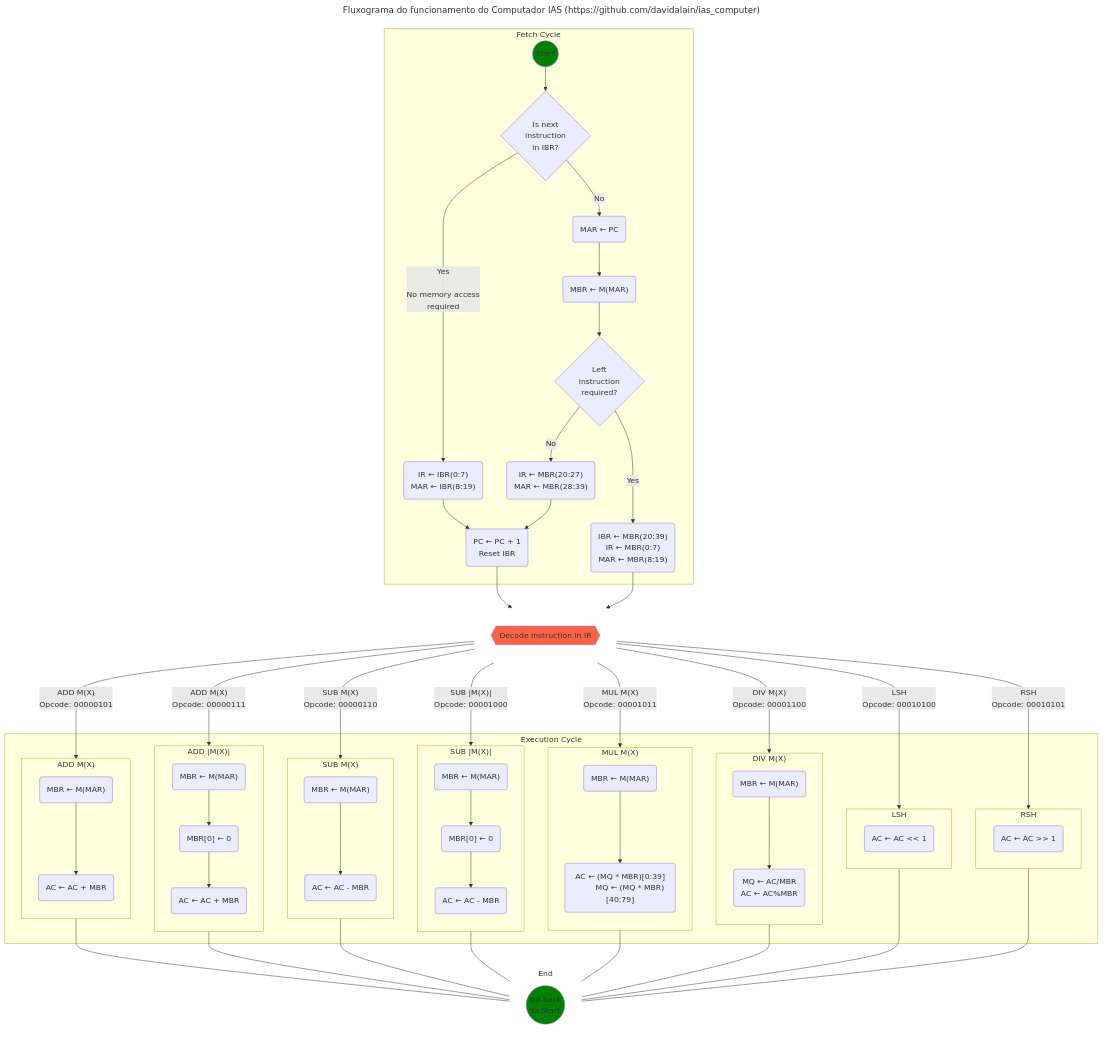
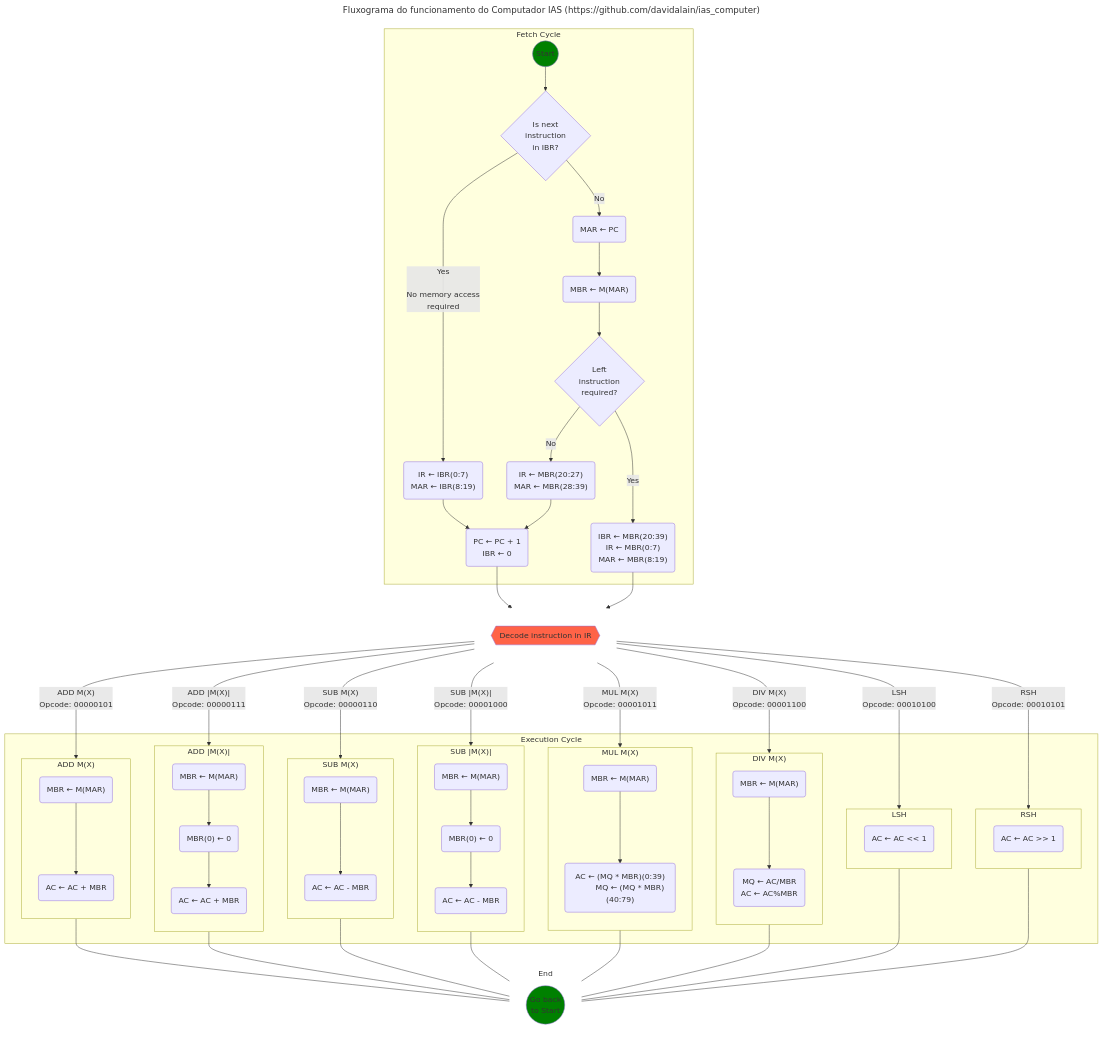
The diagram in mmd_files/flowchart_instrucoes_artimeticas.mmd (davidalain/ias_computer), drawn with Mermaid before and after one commit.

Commit message:
Correção na sintaxe

```diff
--- a/mmd_files/flowchart_instrucoes_artimeticas.mmd
+++ b/mmd_files/flowchart_instrucoes_artimeticas.mmd
@@ -1,169 +1,170 @@
 ---
 title:  Fluxograma do funcionamento do Computador IAS (https://github.com/davidalain/ias_computer)
 ---
 flowchart TB
 
 subgraph _fetch_cycle_ [Fetch Cycle]
     START((Start)):::greenClass --> B{"Is next
     instruction 
     in IBR?"}
     B --> |"Yes
 
     No memory access
     required"| F("IR ← IBR(0:7)
     MAR ← IBR(8:19)")
     F --> I
     B --> |No| C("MAR ← PC")
     C --> D("MBR ← M(MAR)")
     D --> E{"Left
     instruction
     required?"}
     E --> |No| H("IR ← MBR(20:27)
     MAR ← MBR(28:39)")
     E --> |Yes| G("IBR ← MBR(20:39)
     IR ← MBR(0:7)
     MAR ← MBR(8:19)")
     H --> I("PC ← PC + 1
-    Reset IBR")
+    IBR ← 0")
 end
 
 subgraph _decode_ [ ]
     I --> DECODE
     G --> DECODE
     DECODE{{"Decode instruction in IR"}}:::orangeClass
 
     style _decode_ fill:transparent,stroke:transparent
 
     direction TB
 end
 
 
 subgraph _execution_cycle_ [Execution Cycle]
 
 	%%%% Instruções aritméticas
 	%% [Helton Jose Carneiro de Lima] (https://github.com/heltoncarneiro)
 	%% [Gustavo Osório Bernardo Thompson Flores](https://github.com/gustavobtflores)
 	%% [Joel Rodrigues Viera](https://github.com/joelrodriguesvieira)
 	%% [Ian Pessôa de Miranda](https://github.com/Ian-Pessoa)
 	%% [Enzo Albuquerque Gois](https://github.com/enzo-gois)
 	
 	DECODE --> |"ADD M(X)
     Opcode: 00000101"| ADD_MX
     subgraph ADD_MX ["ADD M(X)"]
         %% O conteúdo da memória no endereço indicado pelo MAR é lido e armazenado no MBR %%
         ADD_MX__A("MBR ← M(MAR)")
         %% O conteúdo do MBR é adicionado ao AC, com o resultado sendo armazenado novamente no AC %%
         ADD_MX__B("AC ← AC + MBR")
 
         ADD_MX__A ---> ADD_MX__B
         direction TB
     end
 
-    DECODE ---> |"ADD M(X)
+    DECODE ---> |"ADD |M(X)|
     Opcode: 00000111"|ADD_MX2
     subgraph ADD_MX2 ["ADD |M(X)|"]
         %% O conteúdo da memória no endereço indicado pelo MAR é lido e armazenado no MBR %%
         ADD_MX2__A("MBR ← M(MAR)")
         %% O bit mais significativo do MBR é setado como 0
-        ADD_MX2__B("MBR[0] ← 0")
+        ADD_MX2__B("MBR(0) ← 0")
         %% O conteúdo do MBR é adicionado ao AC, com o resultado sendo armazenado novamente no AC %%
         ADD_MX2__C("AC ← AC + MBR")
 
         ADD_MX2__A --> ADD_MX2__B
         ADD_MX2__B --> ADD_MX2__C
         direction TB        
     end
 
     DECODE --> |"SUB M(X)
     Opcode: 00000110"|SUB_MX
     subgraph SUB_MX ["SUB M(X)"]
 	    %% O conteúdo da memória no endereço indicado pelo MAR é lido e armazenado no MBR %%
         SUB_MX__A("MBR ← M(MAR)")
 	    %% O conteúdo do MBR é subtraido do AC, com o resultado sendo armazenado novamente no AC %%
         SUB_MX__B("AC ← AC - MBR")
 
         SUB_MX__A ---> SUB_MX__B
         direction TB
     end
 
     DECODE --> |"SUB |M(X)|
     Opcode: 00001000"|SUB_MX2
     subgraph SUB_MX2 ["SUB |M(X)|"]
 	    %% O conteúdo da memória no endereço indicado pelo MAR é lido e armazenado no MBR %%
         SUB_MX2__A("MBR ← M(MAR)")
 	    %% O bit mais significativo do MBR é setado como 0
-        SUB_MX2__B("MBR[0] ← 0")
+        SUB_MX2__B("MBR(0) ← 0")
 	    %% O conteúdo do MBR é subtraido do AC, com o resultado sendo armazenado novamente no AC %%
         SUB_MX2__C("AC ← AC - MBR")
 
         SUB_MX2__A --> SUB_MX2__B
         SUB_MX2__B --> SUB_MX2__C
         direction TB
     end
 
 
     DECODE --> |"MUL M(X)
     Opcode: 00001011"|MUL_MX
     subgraph MUL_MX ["MUL M(X)"]
 	    %% O conteúdo da memória no endereço indicado pelo MAR é lido e armazenado no MBR %%
     	MUL_MX_A("MBR ← M(MAR)")
 	    %% O conteúdo do MQ é multiplicado com MBR, resultando em um número binario de 80 bits [0:79]%%
 	    %% A parte mais significativa [0:39] é armazenada em AC%%
 	    %% A parte menos significativa [40:79] é armazenada em MQ%%
-    	MUL_MX_B("AC ← (MQ * MBR)[0:39]
-    	MQ ← (MQ * MBR)[40:79]")
+    	MUL_MX_B("AC ← (MQ * MBR)(0:39)
+    	MQ ← (MQ * MBR)(40:79)")
     	MUL_MX_A ---> MUL_MX_B
         direction TB
     end
 
     DECODE ---> |"DIV M(X)
     Opcode: 00001100"|DIV_MX
     subgraph DIV_MX ["DIV M(X)"]
 	    %% O conteúdo da memória no endereço indicado pelo MAR é lido e armazenado no MBR %%
     	DIV_MX_A("MBR ← M(MAR)")
 	    %% O conteúdo do MQ é dividido com MBR%%
 	    %% O quociente é armazendo em MQ%%
 	    %% O resto é armazenado em AC%%
     	DIV_MX_B("MQ ← AC/MBR
     	AC ← AC%MBR")
 
         DIV_MX_A ---> DIV_MX_B
         direction TB
     end
 
     DECODE --> |"LSH
     Opcode: 00010100"|LSH_A
     subgraph LSH_A ["LSH"]
 	    %% O conteúdo de AC é deslocado 1 bit para a esquerda e armazenado em AC%%
         LSH("AC ← AC << 1")
     end
 
     DECODE --> |"RSH
     Opcode: 00010101"|RSH_A
     subgraph RSH_A ["RSH"]
 	    %% O conteúdo de AC é deslocado 1 bit para a direita e armazenado em AC%%
         RSH("AC ← AC >> 1")
     end
 	
 end
 
 subgraph _end_ [End]
     style _end_ fill:transparent,stroke:transparent
 
     END(("Go back
     to Start")):::greenClass
 
 	ADD_MX --- END
 	ADD_MX2 --- END
 	SUB_MX --- END
 	SUB_MX2 --- END
 	MUL_MX --- END
 	DIV_MX --- END
 	LSH_A --- END
 	RSH_A --- END
 	
     direction TB
 end
 
 classDef greenClass fill:#008000
 classDef orangeClass fill:#FF6347
+classDef redFontClass color:#FF0000
```
